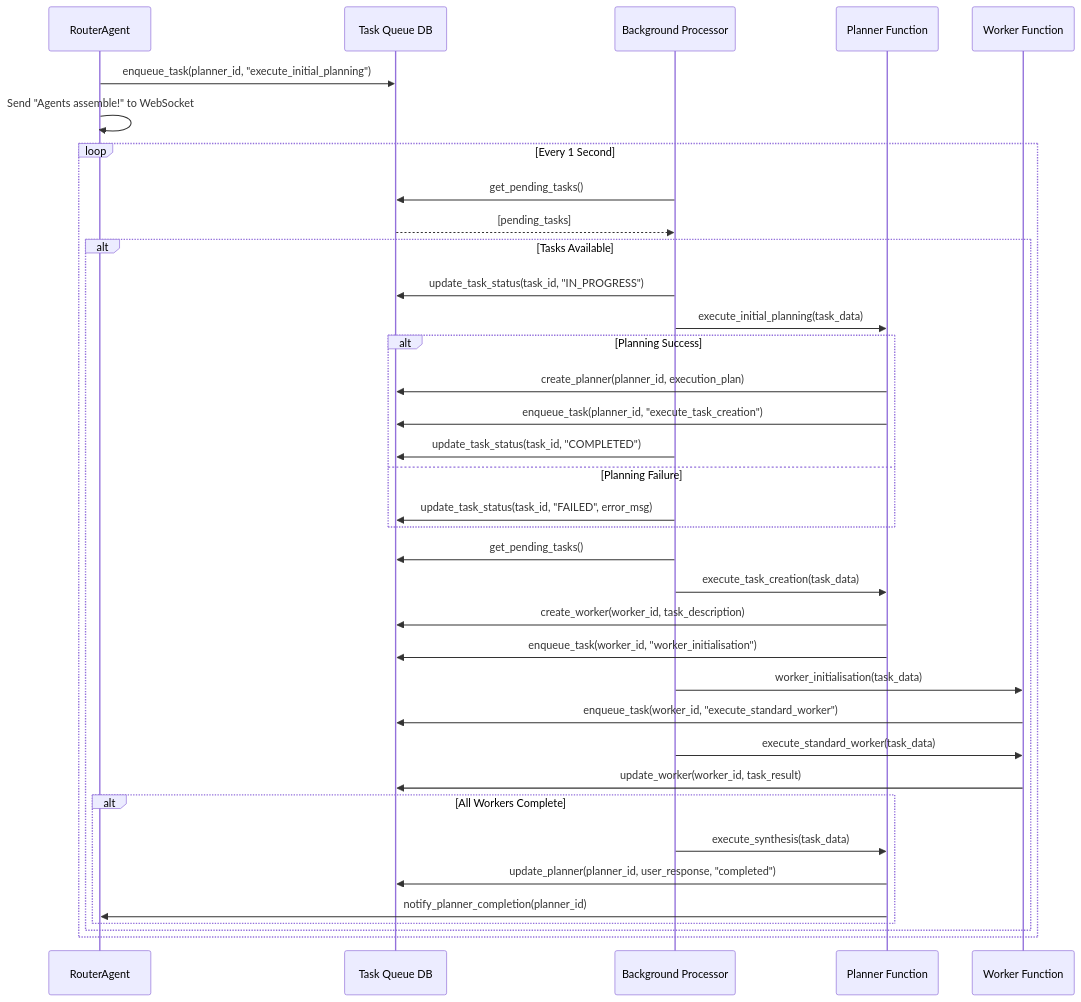
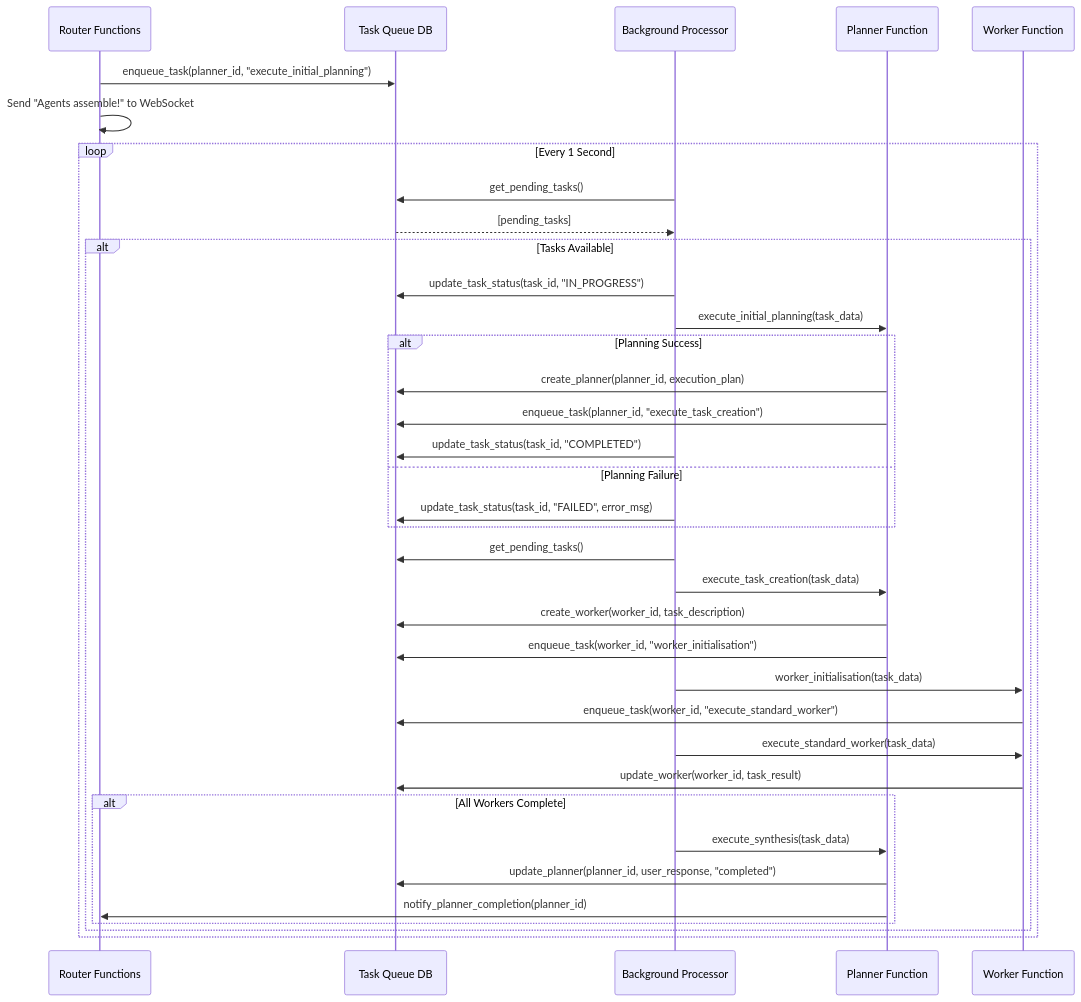
One commit to bryan-zxc/agent changed the third of 12 diagrams in ARCHITECTURE.md. Above: the diagram before and after it, drawn with Mermaid. The commit also changed other lines of this file and 62 other files, not shown here.

Commit message:
complete testing including router agent to function restructure

````diff
--- a/ARCHITECTURE.md
+++ b/ARCHITECTURE.md
@@ -145,47 +145,47 @@
 ```mermaid
 sequenceDiagram
-    participant R as RouterAgent
+    participant R as Router Functions
     participant DB as Task Queue DB
     participant BP as Background Processor
     participant PF as Planner Function
     participant WF as Worker Function
     
     R->>DB: enqueue_task(planner_id, "execute_initial_planning")
     R->>R: Send "Agents assemble!" to WebSocket
     
     loop Every 1 Second
         BP->>DB: get_pending_tasks()
         DB-->>BP: [pending_tasks]
         
         alt Tasks Available
             BP->>DB: update_task_status(task_id, "IN_PROGRESS")
             BP->>PF: execute_initial_planning(task_data)
             
             alt Planning Success
                 PF->>DB: create_planner(planner_id, execution_plan)
                 PF->>DB: enqueue_task(planner_id, "execute_task_creation")
                 BP->>DB: update_task_status(task_id, "COMPLETED")
             else Planning Failure
                 BP->>DB: update_task_status(task_id, "FAILED", error_msg)
             end
             
             BP->>DB: get_pending_tasks()
             BP->>PF: execute_task_creation(task_data)
             
             PF->>DB: create_worker(worker_id, task_description)
             PF->>DB: enqueue_task(worker_id, "worker_initialisation")
             
             BP->>WF: worker_initialisation(task_data)
             WF->>DB: enqueue_task(worker_id, "execute_standard_worker")
             
             BP->>WF: execute_standard_worker(task_data)
             WF->>DB: update_worker(worker_id, task_result)
             
             alt All Workers Complete
                 BP->>PF: execute_synthesis(task_data)
                 PF->>DB: update_planner(planner_id, user_response, "completed")
                 PF->>R: notify_planner_completion(planner_id)
             end
         end
     end
 ```
````
